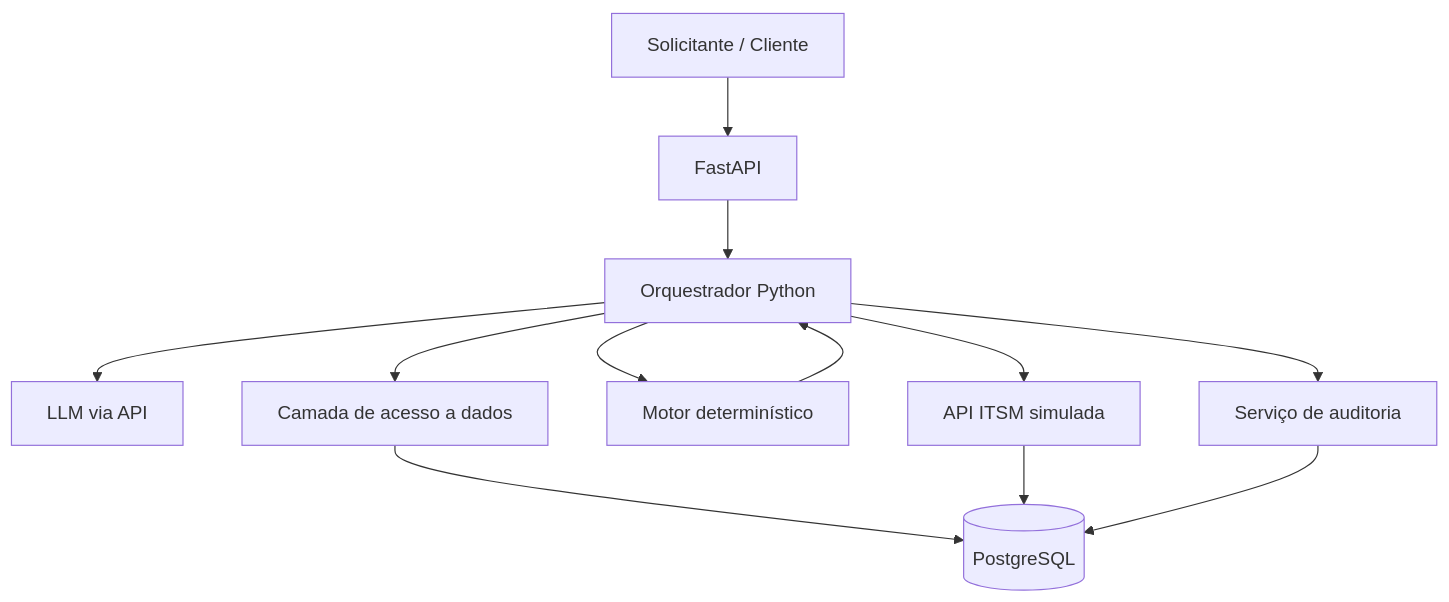
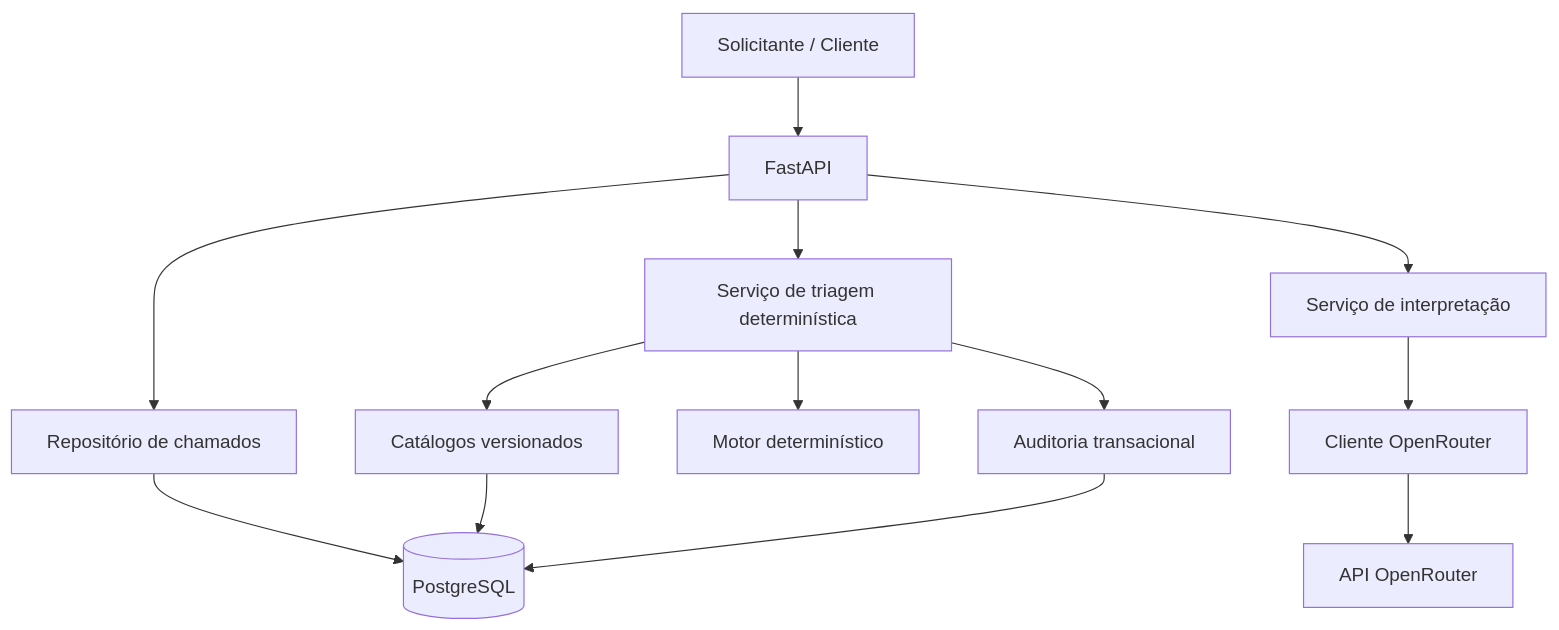
One commit to Elfarias/itsm-engine changed the first of 2 diagrams in ARCHITECTURE.md. Above: the diagram before and after it, drawn with Mermaid. The commit also changed other lines of this file and 2 other files, not shown here.

Commit message:
docs(architecture): record LLM interpretation boundary

````diff
--- a/ARCHITECTURE.md
+++ b/ARCHITECTURE.md
@@ -32,14 +34,15 @@
 ``` mermaid
 flowchart TD
     U[Solicitante / Cliente] --> API[FastAPI]
-    API --> ORQ[Orquestrador Python]
-    ORQ --> LLM[LLM via API]
-    ORQ --> DATA[Camada de acesso a dados]
-    DATA --> DB[(PostgreSQL)]
-    ORQ --> RULES[Motor determinístico]
-    RULES --> ORQ
-    ORQ --> ITSM[API ITSM simulada]
-    ITSM --> DB
-    ORQ --> AUDIT[Serviço de auditoria]
+    API --> TICKETS[Repositório de chamados]
+    TICKETS --> DB[(PostgreSQL)]
+    API --> INTERPRET[Serviço de interpretação]
+    INTERPRET --> CLIENT[Cliente OpenRouter]
+    CLIENT --> LLM[API OpenRouter]
+    API --> TRIAGE[Serviço de triagem determinística]
+    TRIAGE --> RULES[Motor determinístico]
+    TRIAGE --> DATA[Catálogos versionados]
+    DATA --> DB
+    TRIAGE --> AUDIT[Auditoria transacional]
     AUDIT --> DB
 ```
````
